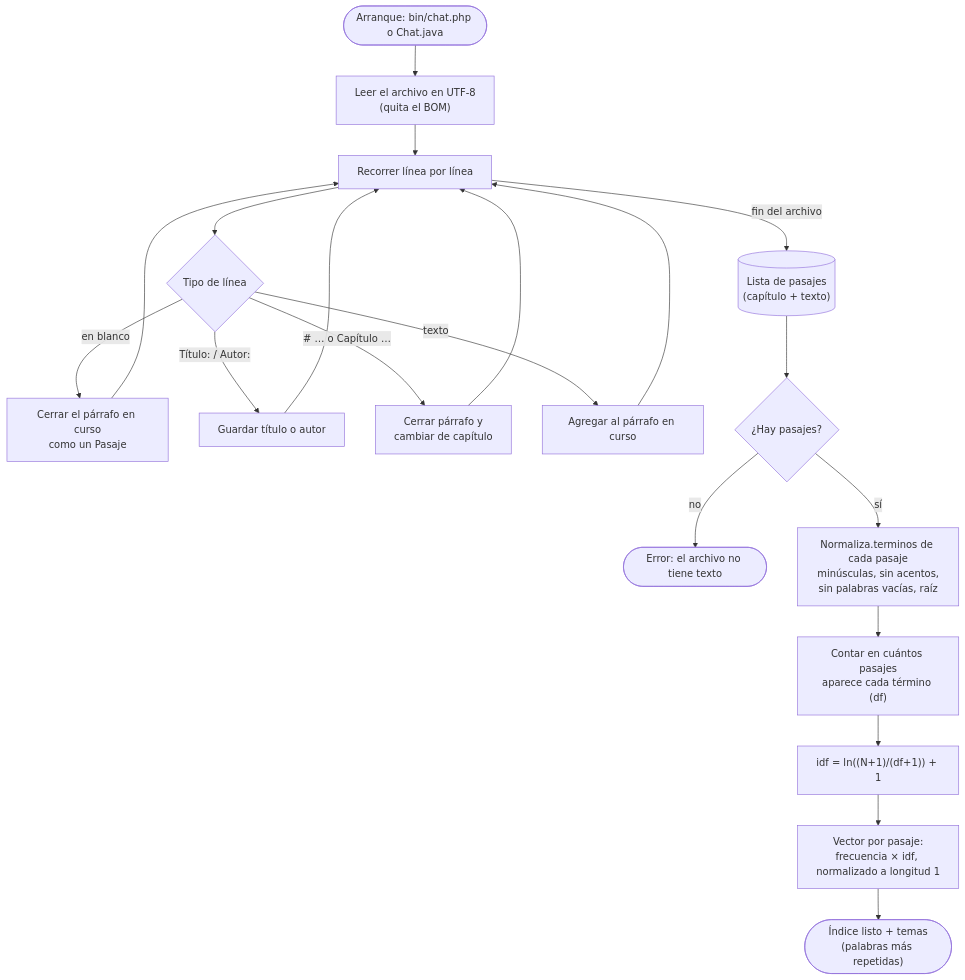
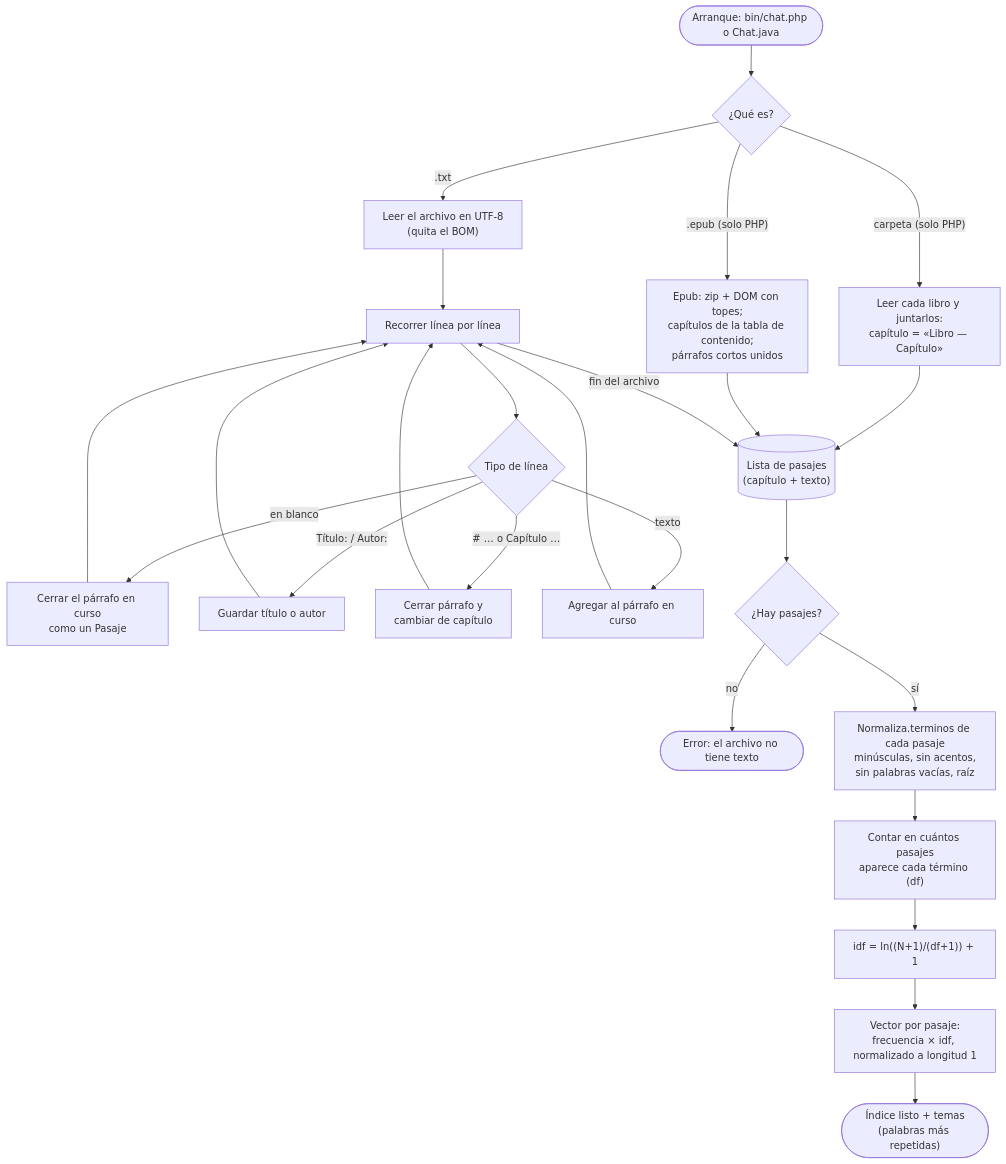
The diagram in chat-con-libros/docs/flujo-carga-e-indexado.mmd (lol-protocol/php), drawn with Mermaid before and after one commit. The commit also changed 23 other files, not shown here.

```diff
--- a/chat-con-libros/docs/flujo-carga-e-indexado.mmd
+++ b/chat-con-libros/docs/flujo-carga-e-indexado.mmd
@@ -1,22 +1,27 @@
 %% Qué pasa al arrancar: del .txt al índice.
 flowchart TD
-    inicio(["Arranque: bin/chat.php o Chat.java"]) --> leer["Leer el archivo en UTF-8<br/>(quita el BOM)"]
+    inicio(["Arranque: bin/chat.php o Chat.java"]) --> que{"¿Qué es?"}
+    que -- "carpeta (solo PHP)" --> coleccion["Leer cada libro y juntarlos:<br/>capítulo = «Libro — Capítulo»"]
+    coleccion --> pasajes
+    que -- ".epub (solo PHP)" --> epub["Epub: zip + DOM con topes;<br/>capítulos de la tabla de contenido;<br/>párrafos cortos unidos"]
+    epub --> pasajes
+    que -- ".txt" --> leer["Leer el archivo en UTF-8<br/>(quita el BOM)"]
     leer --> lineas["Recorrer línea por línea"]
     lineas --> tipo{"Tipo de línea"}
     tipo -- "en blanco" --> cerrar["Cerrar el párrafo en curso<br/>como un Pasaje"]
     tipo -- "Título: / Autor:" --> meta["Guardar título o autor"]
     tipo -- "# … o Capítulo …" --> cap["Cerrar párrafo y<br/>cambiar de capítulo"]
     tipo -- "texto" --> acum["Agregar al párrafo en curso"]
     cerrar --> lineas
     meta --> lineas
     cap --> lineas
     acum --> lineas
     lineas -- "fin del archivo" --> pasajes[("Lista de pasajes<br/>(capítulo + texto)")]
 
     pasajes --> vacio{"¿Hay pasajes?"}
     vacio -- "no" --> error(["Error: el archivo no tiene texto"])
     vacio -- "sí" --> norm["Normaliza.terminos de cada pasaje<br/>minúsculas, sin acentos,<br/>sin palabras vacías, raíz"]
     norm --> df["Contar en cuántos pasajes<br/>aparece cada término (df)"]
     df --> idf["idf = ln((N+1)/(df+1)) + 1"]
     idf --> vec["Vector por pasaje:<br/>frecuencia × idf, normalizado a longitud 1"]
     vec --> listo(["Índice listo + temas<br/>(palabras más repetidas)"])
```
